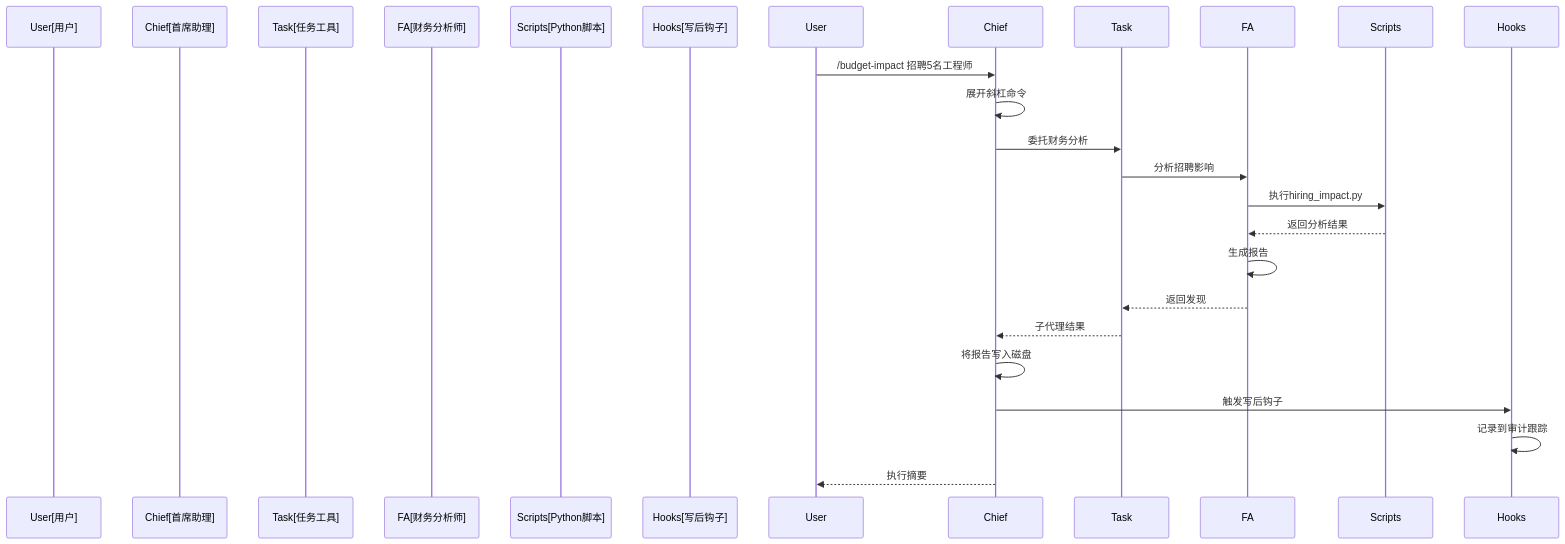
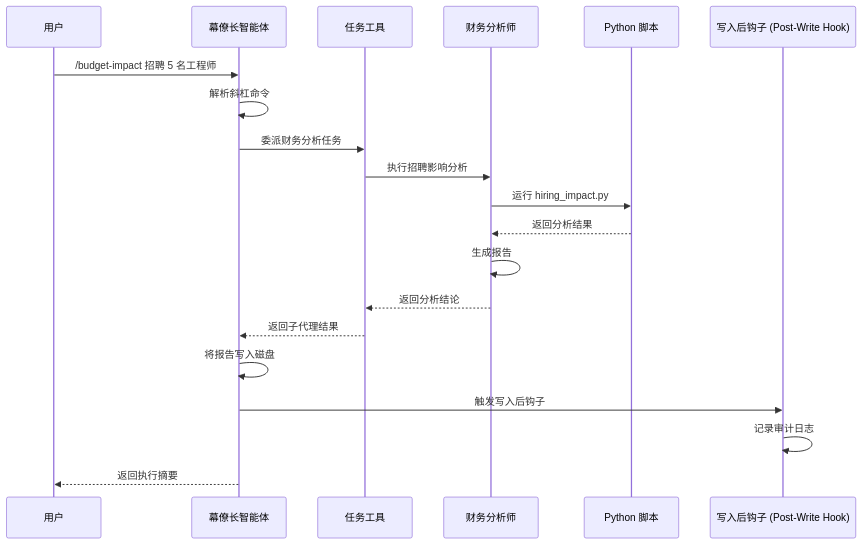
The second of 2 diagrams in claude_agent_sdk/chief_of_staff_agent/flow_diagram_zh.md (LeastBit/claude-cookbooks_zh-CN), drawn with Mermaid before and after one commit. The commit also changed other lines of this file and 66 other files, not shown here.

````diff
--- a/claude_agent_sdk/chief_of_staff_agent/flow_diagram_zh.md
+++ b/claude_agent_sdk/chief_of_staff_agent/flow_diagram_zh.md
@@ -28,22 +28,22 @@
 ```mermaid
 sequenceDiagram
-    participant User[用户]
-    participant Chief[首席助理]
-    participant Task[任务工具]
-    participant FA[财务分析师]
-    participant Scripts[Python脚本]
-    participant Hooks[写后钩子]
-    User->>Chief: /budget-impact 招聘5名工程师
-    Chief->>Chief: 展开斜杠命令
-    Chief->>Task: 委托财务分析
-    Task->>FA: 分析招聘影响
-    FA->>Scripts: 执行hiring_impact.py
+    participant User as 用户
+    participant Chief as 幕僚长智能体
+    participant Task as 任务工具
+    participant FA as 财务分析师
+    participant Scripts as Python 脚本
+    participant Hooks as 写入后钩子 (Post-Write Hook)
+    User->>Chief: /budget-impact 招聘 5 名工程师
+    Chief->>Chief: 解析斜杠命令
+    Chief->>Task: 委派财务分析任务
+    Task->>FA: 执行招聘影响分析
+    FA->>Scripts: 运行 hiring_impact.py
     Scripts-->>FA: 返回分析结果
     FA->>FA: 生成报告
-    FA-->>Task: 返回发现
-    Task-->>Chief: 子代理结果
+    FA-->>Task: 返回分析结论
+    Task-->>Chief: 返回子代理结果
     Chief->>Chief: 将报告写入磁盘
-    Chief->>Hooks: 触发写后钩子
-    Hooks->>Hooks: 记录到审计跟踪
-    Chief-->>User: 执行摘要
+    Chief->>Hooks: 触发写入后钩子
+    Hooks->>Hooks: 记录审计日志
+    Chief-->>User: 返回执行摘要
 ```
````
